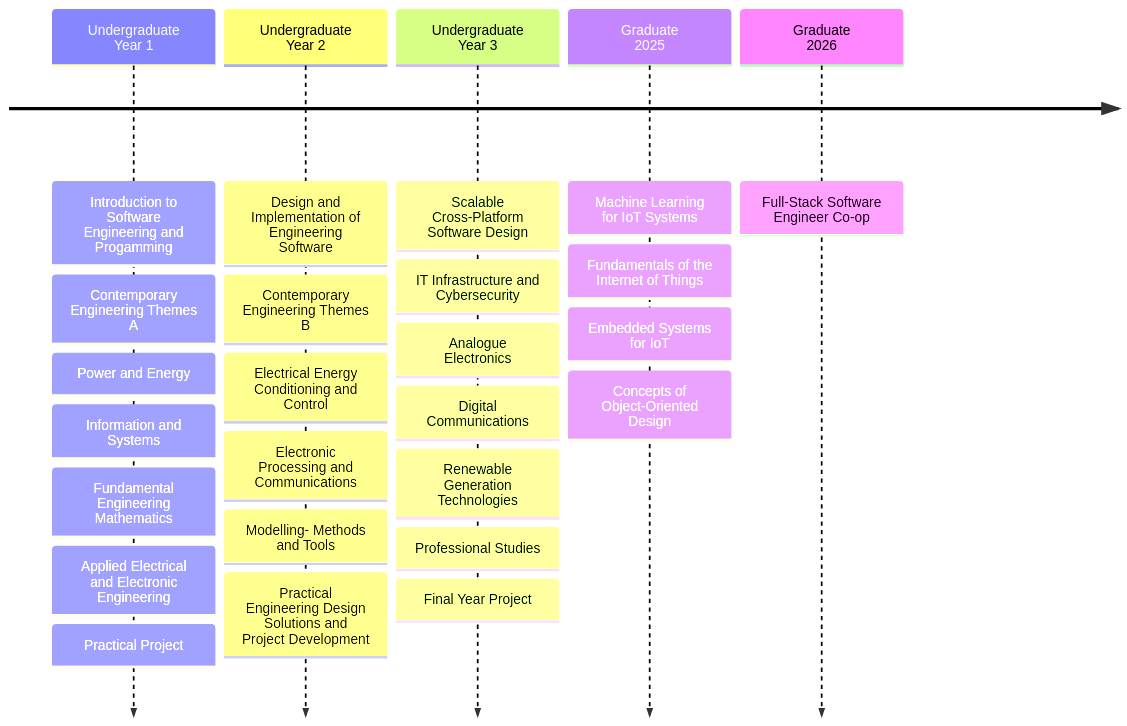
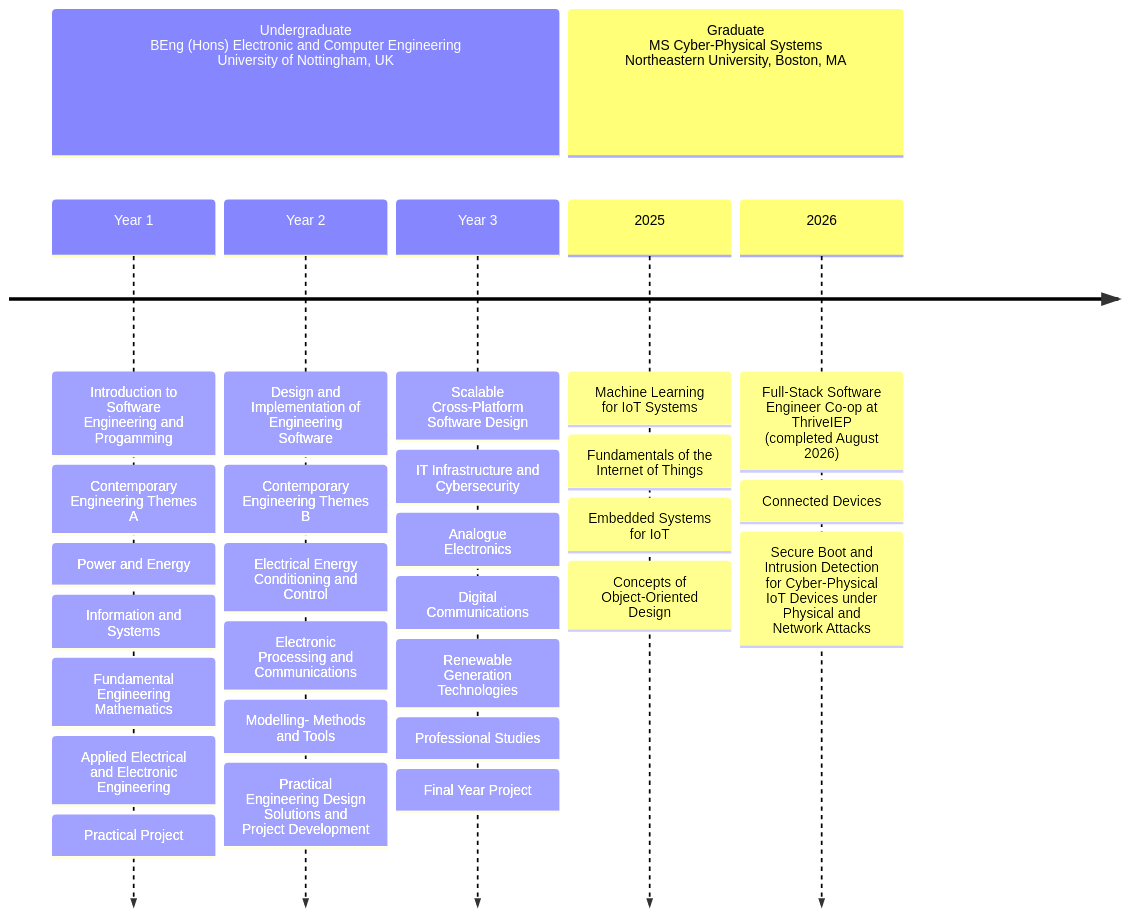
The diagram in README.md (sohampatwardhan/sohampatwardhan), drawn with Mermaid before and after one commit. The commit also changed other lines of this file, not shown here.

Commit message:
Update education and project timeline

````diff
--- a/README.md
+++ b/README.md
@@ -9,33 +9,37 @@
 ```mermaid
 
 timeline
-    Undergraduate<br>Year 1 : Introduction to Software Engineering and Progamming
-                            : Contemporary Engineering Themes A
-                            : Power and Energy
-                            : Information and Systems
-                            : Fundamental Engineering Mathematics
-                            : Applied Electrical and Electronic Engineering: Practical Project
+    section Undergraduate<br>BEng (Hons) Electronic and Computer Engineering<br>University of Nottingham, UK
+        Year 1 : Introduction to Software Engineering and Progamming
+               : Contemporary Engineering Themes A
+               : Power and Energy
+               : Information and Systems
+               : Fundamental Engineering Mathematics
+               : Applied Electrical and Electronic Engineering: Practical Project
 
-    Undergraduate<br>Year 2 : Design and Implementation of Engineering Software
-                            : Contemporary Engineering Themes B
-                            : Electrical Energy Conditioning and Control
-                            : Electronic Processing and Communications
-                            : Modelling- Methods and Tools
-                            : Practical Engineering Design Solutions and Project Development
+        Year 2 : Design and Implementation of Engineering Software
+               : Contemporary Engineering Themes B
+               : Electrical Energy Conditioning and Control
+               : Electronic Processing and Communications
+               : Modelling- Methods and Tools
+               : Practical Engineering Design Solutions and Project Development
 
-    Undergraduate<br>Year 3 : Scalable Cross-Platform Software Design
-                            : IT Infrastructure and Cybersecurity
-                            : Analogue Electronics
-                            : Digital Communications
-                            : Renewable Generation Technologies
-                            : Professional Studies
-                            : Final Year Project
+        Year 3 : Scalable Cross-Platform Software Design
+               : IT Infrastructure and Cybersecurity
+               : Analogue Electronics
+               : Digital Communications
+               : Renewable Generation Technologies
+               : Professional Studies
+               : Final Year Project
 
-    Graduate<br>2025        : Machine Learning for IoT Systems
-                            : Fundamentals of the Internet of Things
-                            : Embedded Systems for IoT
-                            : Concepts of Object-Oriented Design
+    section Graduate<br>MS Cyber-Physical Systems<br>Northeastern University, Boston, MA
+        2025 : Machine Learning for IoT Systems
+             : Fundamentals of the Internet of Things
+             : Embedded Systems for IoT
+             : Concepts of Object-Oriented Design
 
-    Graduate<br>2026        : Full-Stack Software Engineer Co-op
+        2026 : Full-Stack Software Engineer Co-op at ThriveIEP (completed August 2026)
+             : Connected Devices
+             : Secure Boot and Intrusion Detection for Cyber-Physical IoT Devices under Physical and Network Attacks
 
 ```
````
